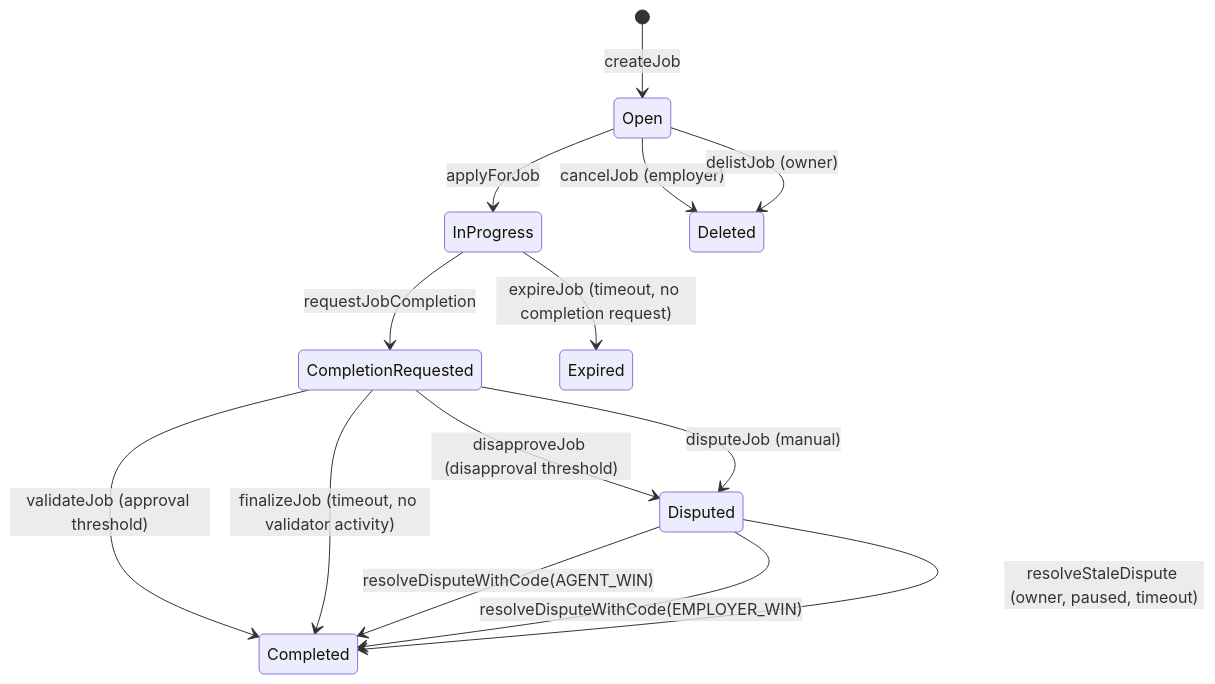
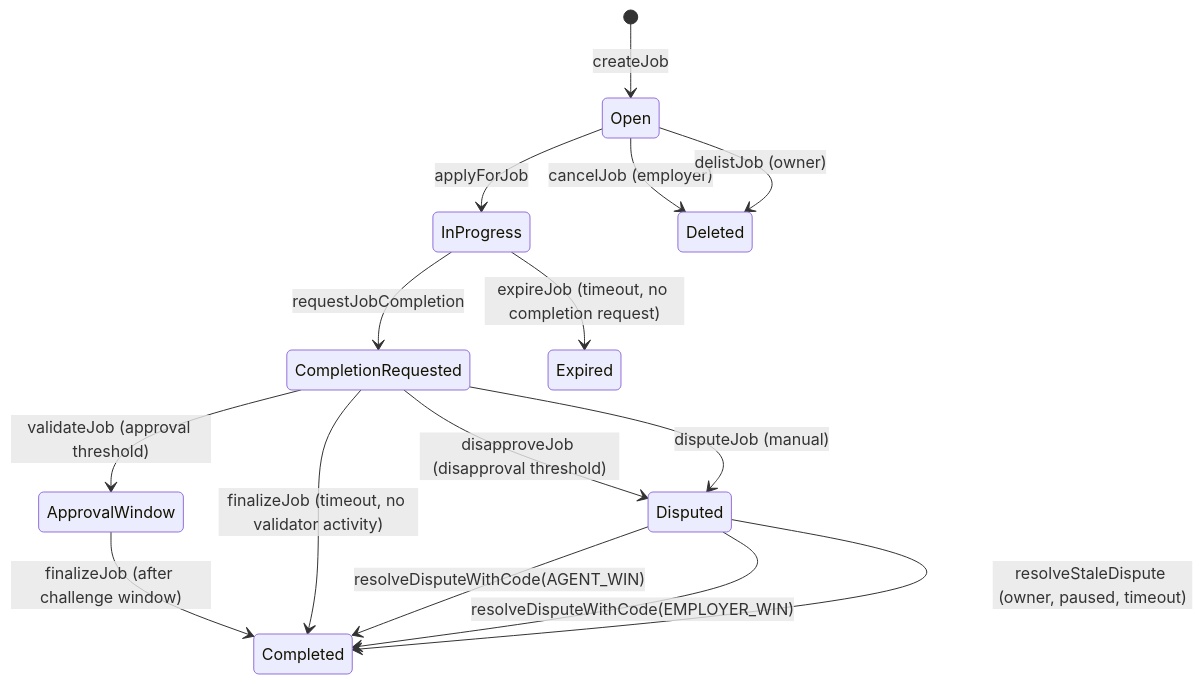
One commit to MontrealAI/AGIJobManager changed the first of 2 diagrams in README.md. Above: the diagram before and after it, drawn with Mermaid. The commit also changed other lines of this file and 18 other files, not shown here.

Commit message:
Add validator bond slashing and challenge window

````diff
--- a/README.md
+++ b/README.md
@@ -65,21 +66,22 @@
 ```mermaid
 stateDiagram-v2
     [*] --> Open: createJob
     Open --> InProgress: applyForJob
     InProgress --> CompletionRequested: requestJobCompletion
 
-    CompletionRequested --> Completed: validateJob (approval threshold)
+    CompletionRequested --> ApprovalWindow: validateJob (approval threshold)
+    ApprovalWindow --> Completed: finalizeJob (after challenge window)
     CompletionRequested --> Completed: finalizeJob (timeout, no validator activity)
 
     CompletionRequested --> Disputed: disapproveJob (disapproval threshold)
     CompletionRequested --> Disputed: disputeJob (manual)
 
     Disputed --> Completed: resolveDisputeWithCode(AGENT_WIN)
     Disputed --> Completed: resolveDisputeWithCode(EMPLOYER_WIN)
     Disputed --> Completed: resolveStaleDispute (owner, paused, timeout)
 
     InProgress --> Expired: expireJob (timeout, no completion request)
 
     Open --> Deleted: cancelJob (employer)
     Open --> Deleted: delistJob (owner)
 ```
````
